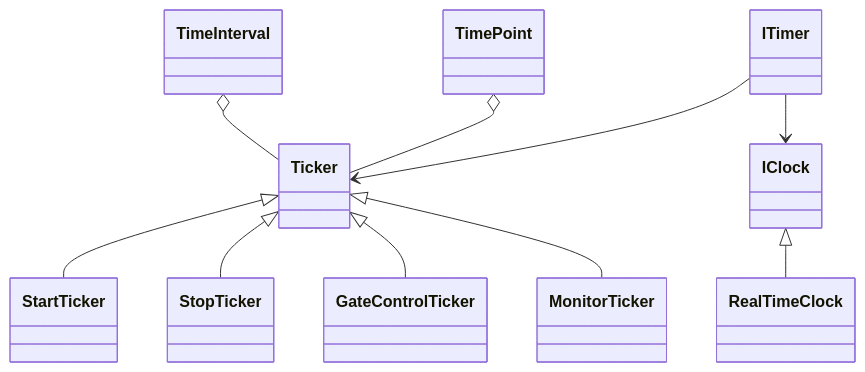
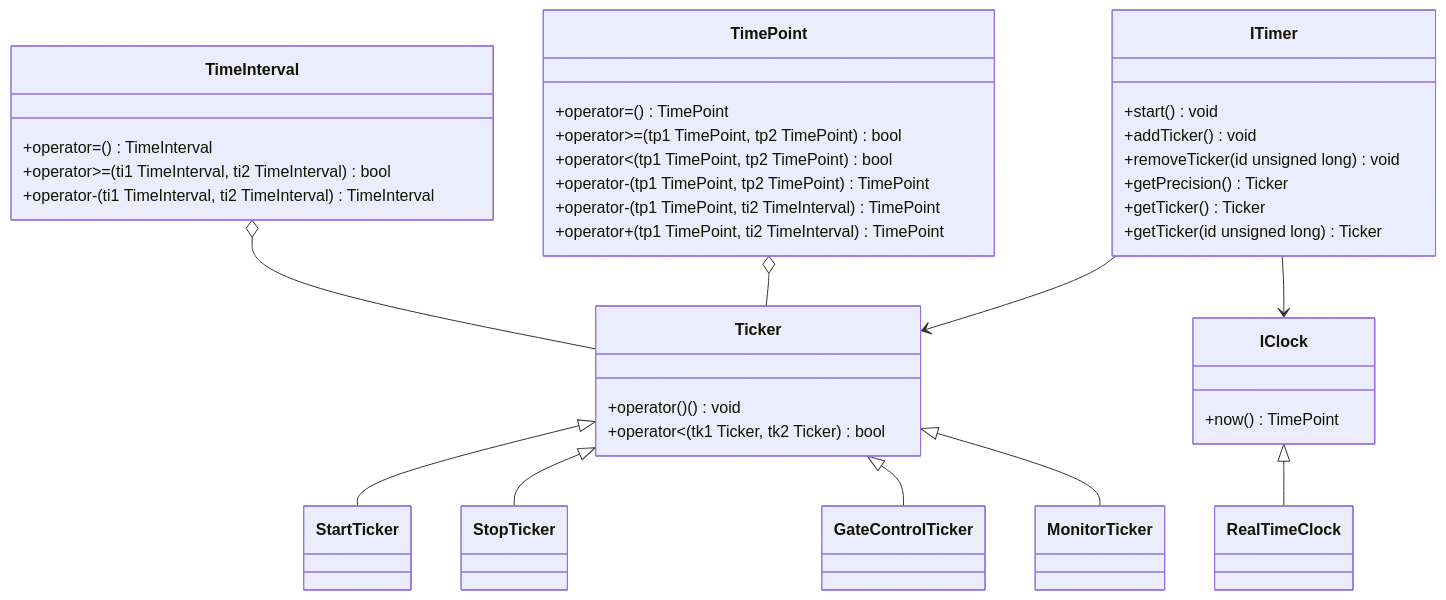
The third of 5 diagrams in tsn_app/doc/Dev Guide.md (ZitaoLi/FakerTSN), drawn with Mermaid before and after one commit. The commit also changed other lines of this file, not shown here.

````diff
--- a/tsn_app/doc/Dev Guide.md
+++ b/tsn_app/doc/Dev Guide.md
@@ -38,40 +62,53 @@
 ```mermaid
 classDiagram
     class TimeInterval {
-
+        +operator=() TimeInterval
+        +operator>=(ti1 TimeInterval, ti2 TimeInterval) bool
+        +operator-(ti1 TimeInterval, ti2 TimeInterval) TimeInterval
     }
 
     class TimePoint {
-        
+        +operator=() TimePoint
+        +operator>=(tp1 TimePoint, tp2 TimePoint) bool
+        +operator<(tp1 TimePoint, tp2 TimePoint) bool
+        +operator-(tp1 TimePoint, tp2 TimePoint) TimePoint
+        +operator-(tp1 TimePoint, ti2 TimeInterval) TimePoint
+        +operator+(tp1 TimePoint, ti2 TimeInterval) TimePoint
     }
 
     class Ticker {
-
+        +operator()() void
+        +operator<(tk1 Ticker, tk2 Ticker) bool
     }
 
     class ITimer {
-
+        +start() void
+        +addTicker() void
+        +removeTicker(id unsigned long) void
+        +getPrecision() Ticker
+        +getTicker() Ticker
+        +getTicker(id unsigned long) Ticker
     }
 
     class IClock {
-
+        +now() TimePoint
     }
 
     class RealTimeClock {
 
     }
 
     ITimer --> Ticker
     ITimer --> IClock
 
     IClock <|-- RealTimeClock
 
     TimePoint o-- Ticker
     TimeInterval o-- Ticker
 
     Ticker <|-- StartTicker
     Ticker <|-- StopTicker
     Ticker <|-- GateControlTicker
     Ticker <|-- MonitorTicker
 
 ```
````
